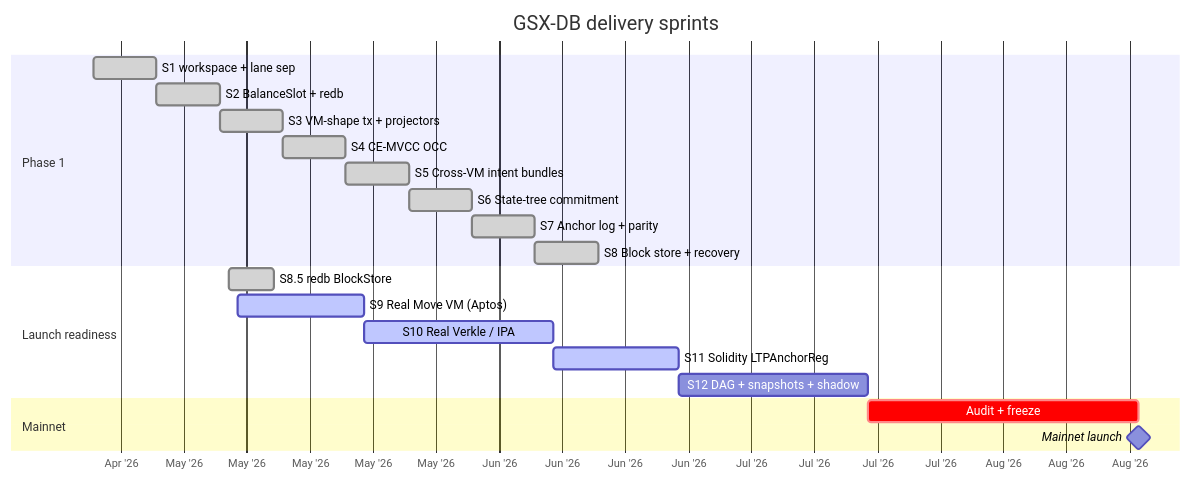
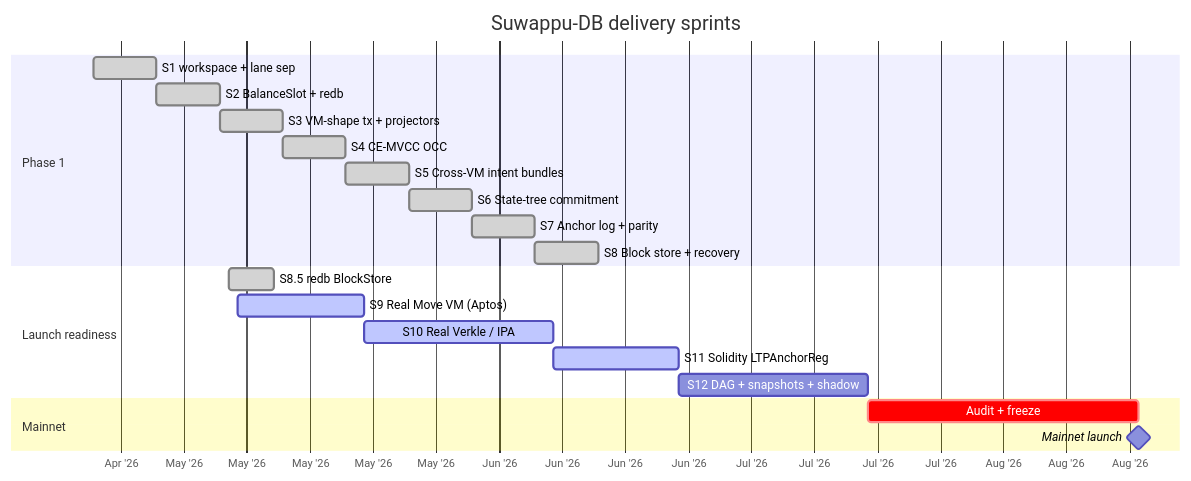
The first of 3 diagrams in docs/architecture/sprint-timeline.md (Suwappu-Labs/suwappu-db), drawn with Mermaid before and after one commit. The commit also changed other lines of this file and 232 other files, not shown here.

First line of the commit message:
chore: rebrand gsx-db -> suwappu-db (crates, code, docs)

````diff
--- a/docs/architecture/sprint-timeline.md
+++ b/docs/architecture/sprint-timeline.md
@@ -8,27 +8,27 @@
 ```mermaid
 gantt
-    title GSX-DB delivery sprints
+    title Suwappu-DB delivery sprints
     dateFormat YYYY-MM-DD
     axisFormat %b '%y
 
     section Phase 1
     S1 workspace + lane sep      :done, s1, 2026-04-23, 7d
     S2 BalanceSlot + redb        :done, s2, after s1, 7d
     S3 VM-shape tx + projectors  :done, s3, after s2, 7d
     S4 CE-MVCC OCC               :done, s4, after s3, 7d
     S5 Cross-VM intent bundles   :done, s5, after s4, 7d
     S6 State-tree commitment     :done, s6, after s5, 7d
     S7 Anchor log + parity       :done, s7, after s6, 7d
     S8 Block store + recovery    :done, s8, after s7, 7d
 
     section Launch readiness
     S8.5 redb BlockStore         :done, s85, 2026-05-08, 5d
     S9 Real Move VM (Aptos)      :active, s9, 2026-05-09, 14d
     S10 Real Verkle / IPA        :active, s10, after s9, 21d
     S11 Solidity LTPAnchorReg    :active, s11, after s10, 14d
     S12 DAG + snapshots + shadow :s12, after s11, 21d
 
     section Mainnet
     Audit + freeze               :crit, audit, after s12, 30d
     Mainnet launch               :milestone, mn, after audit, 0d
 ```
````
